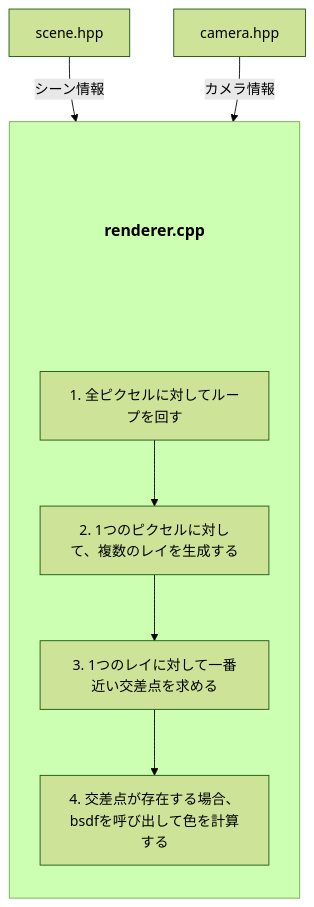
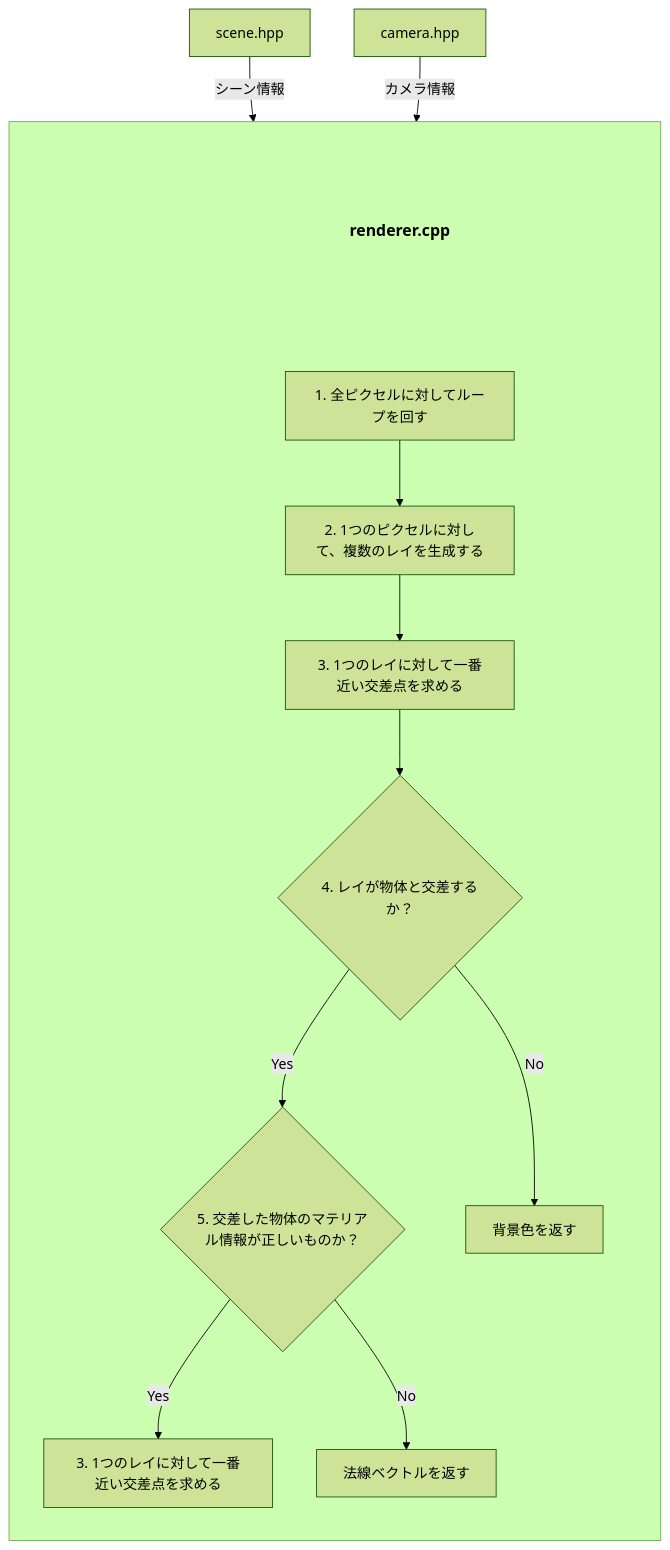
Before and after one commit to koretty/raytracing-engine: the second of 2 diagrams in docs/architecture.md, drawn with Mermaid (forest theme). The commit also changed 1 other file, not shown here.

````diff
--- a/docs/architecture.md
+++ b/docs/architecture.md
@@ -43,25 +43,35 @@
 ```mermaid
 graph TD
     Scene["scene.hpp"]
     Camera["camera.hpp"]
 
     subgraph MainContainer [" "]
         direction TB
 
         Title{"renderer.cpp"}
         style Title fill:none,stroke:none,font-size:18px,font-weight:bold
         
         Step1["1. 全ピクセルに対してループを回す"]
         Step2["2. 1つのピクセルに対して、複数のレイを生成する"]
         Step3["3. 1つのレイに対して一番近い交差点を求める"]
-        Step4["4. 交差点が存在する場合、bsdfを呼び出して色を計算する"]
-    
+        Step4{"4. レイが物体と交差するか？"}
+        Step5{"5. 交差した物体のマテリアル情報が正しいものか？"}
+        Step6["3. 1つのレイに対して一番近い交差点を求める"]
+        Background["背景色を返す"]
+        Normal["法線ベクトルを返す"]
+
         Title ~~~ Step1
         Step1 --> Step2 --> Step3 --> Step4
+        
+        Step4 -- Yes --> Step5
+        Step4 -- No --> Background
+
+        Step5 -- Yes --> Step6 
+        Step5 -- No --> Normal
     end
 
     Scene -->|シーン情報| Step1
     Camera -->|カメラ情報| Step1
     
 
 ```
````
